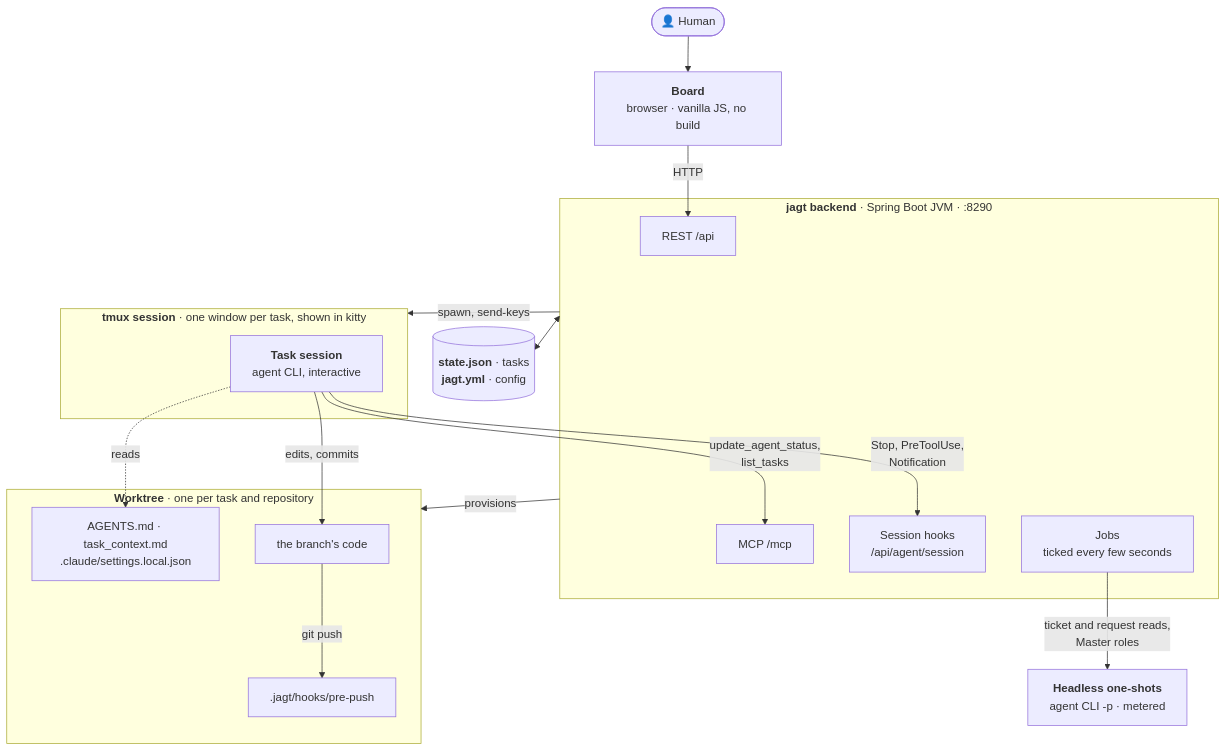
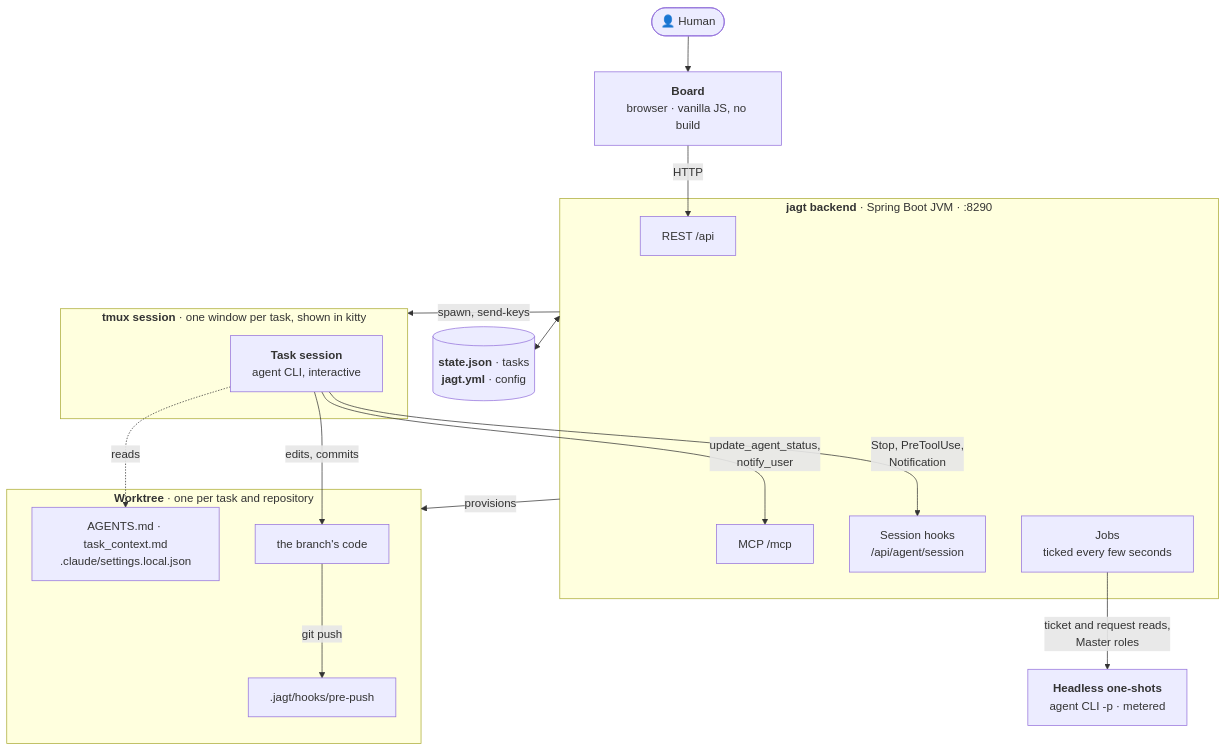
One commit to GulDmitry/jagt changed the second of 6 diagrams in docs/c4.md. Above: the diagram before and after it, drawn with Mermaid. The commit also changed 8 other files, not shown here.

Commit message:
A sub-agent could kill its own window, overwrite its commit approval and list every task; those tools are now the Master's alone

````diff
--- a/docs/c4.md
+++ b/docs/c4.md
@@ -37,37 +37,37 @@
 ```mermaid
 flowchart TB
     human(["👤 Human"])
     board["<b>Board</b><br/>browser · vanilla JS, no build"]
 
     subgraph jvm["<b>jagt backend</b> · Spring Boot JVM · :8290"]
         rest["REST /api"]
         mcp["MCP /mcp"]
         hookapi["Session hooks<br/>/api/agent/session"]
         jobs["Jobs<br/>ticked every few seconds"]
     end
 
     files[("<b>state.json</b> · tasks<br/><b>jagt.yml</b> · config")]
 
     subgraph tmux["<b>tmux session</b> · one window per task, shown in kitty"]
         s1["<b>Task session</b><br/>agent CLI, interactive"]
     end
 
     subgraph wt["<b>Worktree</b> · one per task and repository"]
         brief["AGENTS.md · task_context.md<br/>.claude/settings.local.json"]
         guard[".jagt/hooks/pre-push"]
         code["the branch's code"]
     end
 
     oneshot["<b>Headless one-shots</b><br/>agent CLI -p · metered"]
 
     human --> board -- "HTTP" --> rest
     jvm <--> files
     jvm -- "spawn, send-keys" --> tmux
-    s1 -- "update_agent_status,<br/>list_tasks" --> mcp
+    s1 -- "update_agent_status,<br/>notify_user" --> mcp
     s1 -- "Stop, PreToolUse,<br/>Notification" --> hookapi
     s1 -- "edits, commits" --> code
     s1 -. "reads" .-> brief
     code -- "git push" --> guard
     jobs -- "ticket and request reads,<br/>Master roles" --> oneshot
     jvm -- "provisions" --> wt
 ```
````
